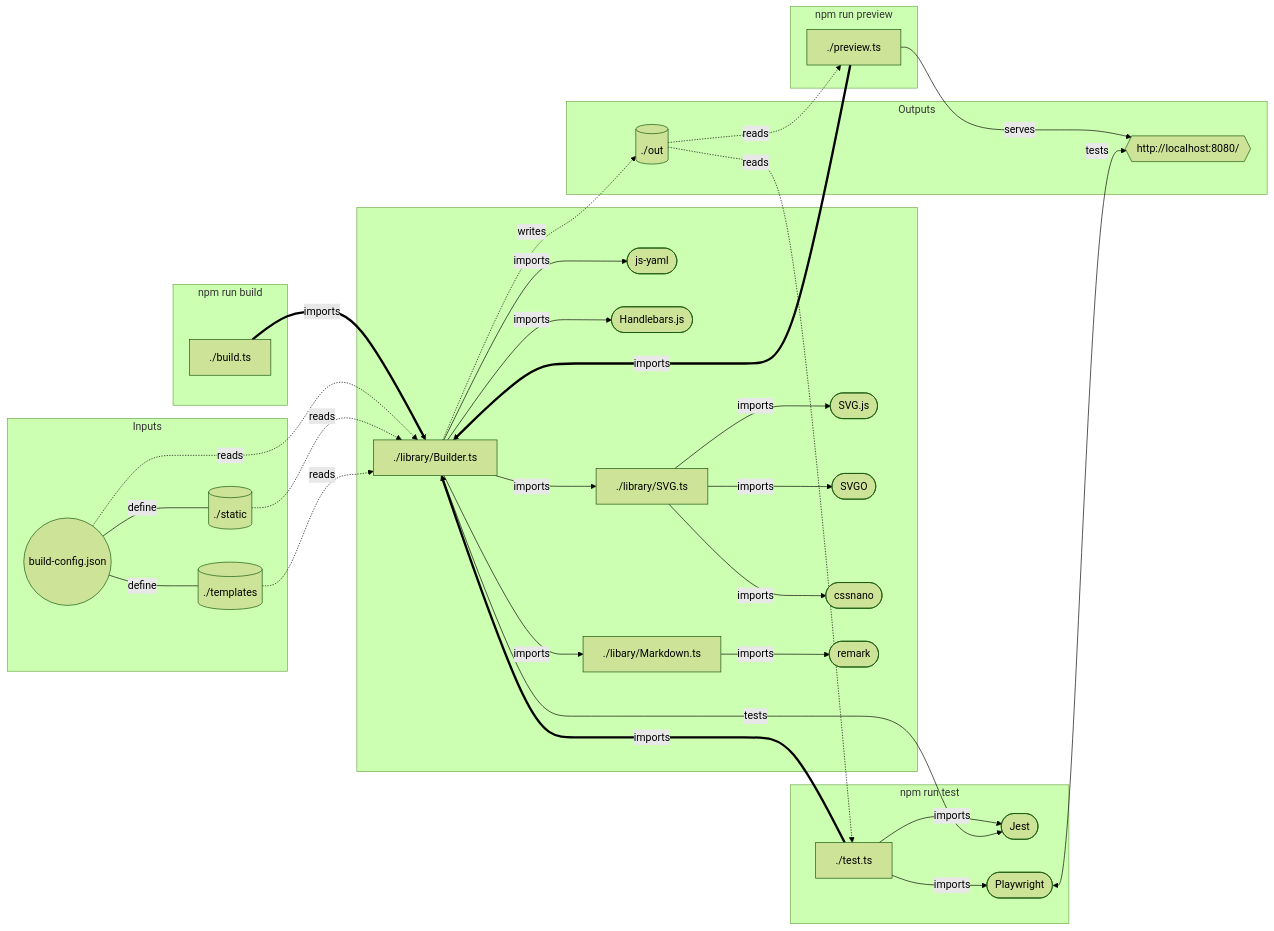
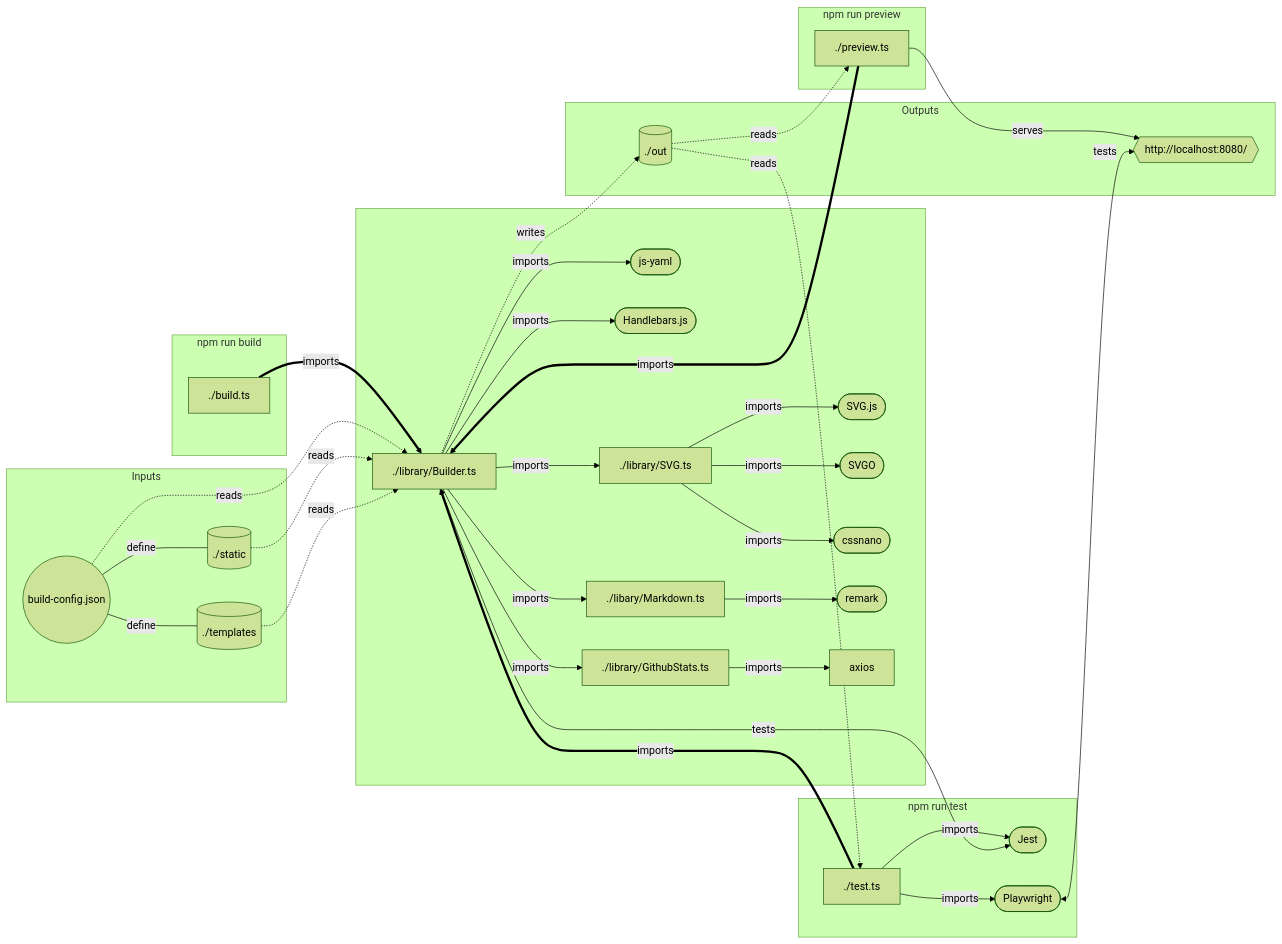
One commit to dylanlangston/dylanlangston changed the diagram in src/ReadMe.md. Above: the diagram before and after it, drawn with Mermaid (forest theme). The commit also changed other lines of this file, not shown here.

````diff
--- a/src/ReadMe.md
+++ b/src/ReadMe.md
@@ -131,69 +131,73 @@
 ```mermaid
 graph LR;
     subgraph "input" [Inputs]
       G((build-config.json))
       I[("`./templates`")]
       H[("`./static`")]
     end
 
     subgraph "build" [npm run build]
       A[./build.ts]
     end
     subgraph "preview" [npm run preview]
       T[./preview.ts]
     end
     subgraph "test" [npm run test]
       Q[./test.ts]
       R([Jest])
       U([Playwright])
     end
 
     subgraph "logic" [ ]
       B[./library/Builder.ts]
       K([js-yaml])
       L([Handlebars.js])
       D[./library/SVG.ts]
       N([SVG.js])
       P([SVGO])
       O([cssnano])
       E[./libary/Markdown.ts]
       M([remark])
+      GS[./library/GithubStats.ts]
+      AX[axios]
     end
 
     subgraph "out" [Outputs]
       S{{"http://localhost:8080/"}}
       J[("`./out`")]
     end
 
     build ~~~ logic
     preview ~~~ logic
     test ~~~ logic
 
     input ~~~ logic
     logic ~~~ out
 
     A ==>|imports| B
     B -->|imports| D
     B -->|imports| E
+    B -->|imports| GS
     B -.->|writes| J
     B -->|imports| K
     B -->|imports| L
     D -->|imports| N
     D -->|imports| O
     D -->|imports| P
     E -->|imports| M
+    GS -->|imports| AX
     G -.->|reads| B
     G ---|define| H
     G ---|define| I
     H -.->|reads| B
     I -.->|reads| B
     J -.->|reads| T
     J -.->|reads| Q
     R <-->|tests| B
     T ==>|imports| B
     T -->|serves| S
     U <-->|tests| S
     Q ==>|imports| B
     Q -->|imports| R
     Q -->|imports| U
 ```
````
